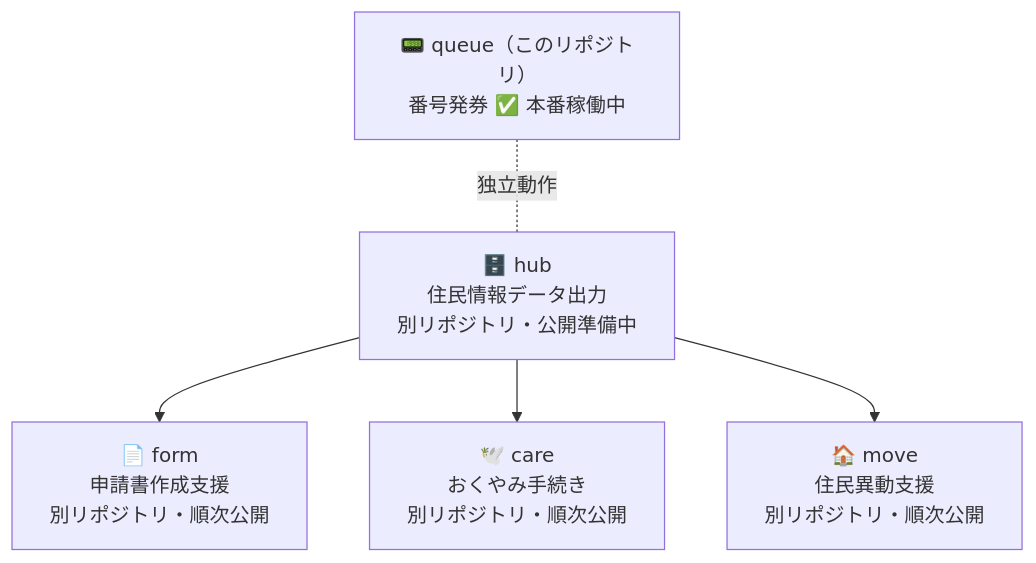
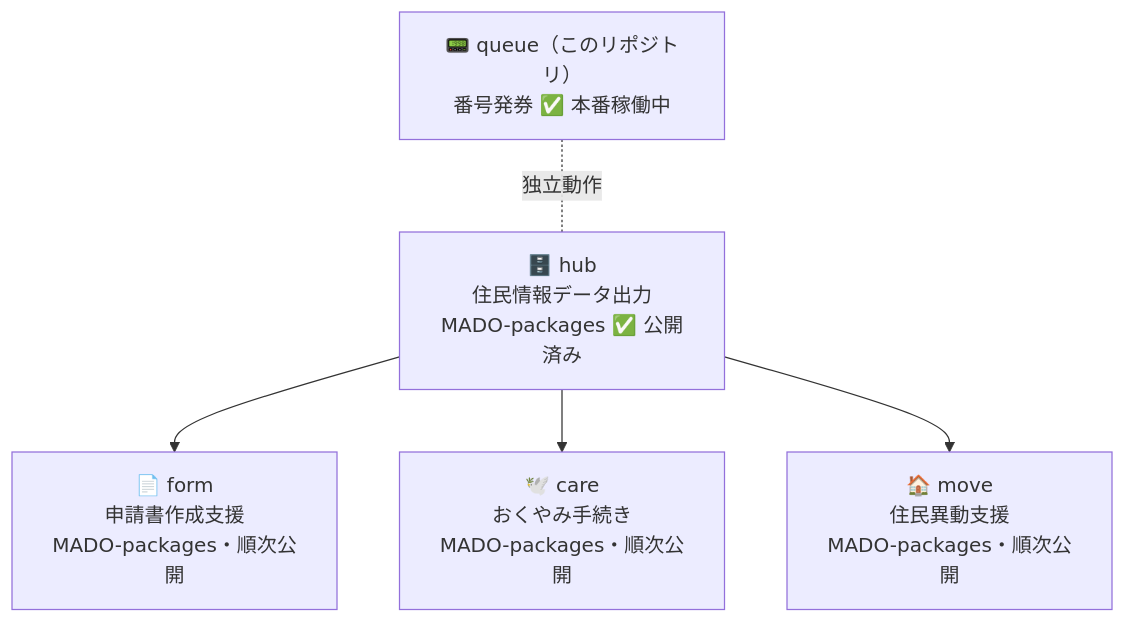
One commit to Memuro-Town/MADO-queue changed the diagram in README.md. Above: the diagram before and after it, drawn with Mermaid. The commit also changed other lines of this file, not shown here.

First line of the commit message:
docs: README をリポジトリ分割・packages 公開に合わせて整理

````diff
--- a/README.md
+++ b/README.md
@@ -133,13 +97,13 @@
 ```mermaid
 graph TD
     queue["📟 queue（このリポジトリ）<br/>番号発券 ✅ 本番稼働中"]
-    hub["🗄️ hub<br/>住民情報データ出力<br/>別リポジトリ・公開準備中"]
-    form["📄 form<br/>申請書作成支援<br/>別リポジトリ・順次公開"]
-    care["🕊️ care<br/>おくやみ手続き<br/>別リポジトリ・順次公開"]
-    move["🏠 move<br/>住民異動支援<br/>別リポジトリ・順次公開"]
+    hub["🗄️ hub<br/>住民情報データ出力<br/>MADO-packages ✅ 公開済み"]
+    form["📄 form<br/>申請書作成支援<br/>MADO-packages・順次公開"]
+    care["🕊️ care<br/>おくやみ手続き<br/>MADO-packages・順次公開"]
+    move["🏠 move<br/>住民異動支援<br/>MADO-packages・順次公開"]
 
     hub --> form
     hub --> care
     hub --> move
     queue -.- |独立動作| hub
 ```
````
